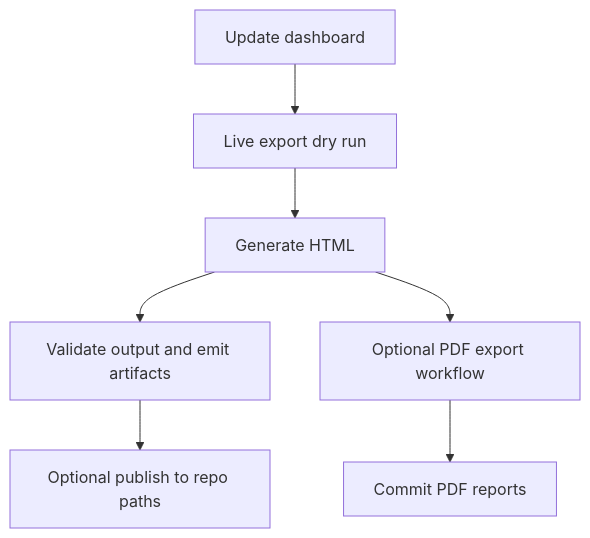
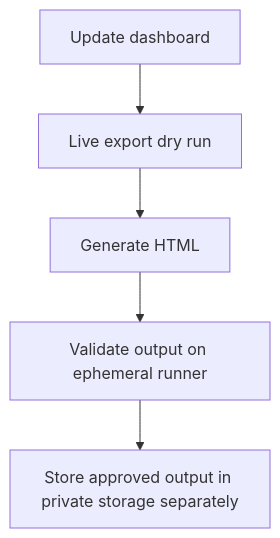
Before and after one commit to nathanmcnulty/defender-reporting: the diagram in docs/workflows.md, drawn with Mermaid. The commit also changed other lines of this file and 5 other files, not shown here.

````diff
--- a/docs/workflows.md
+++ b/docs/workflows.md
@@ -18,9 +20,7 @@
 ```mermaid
 flowchart TD
     A["Update dashboard"] --> B["Live export dry run"]
     B --> C["Generate HTML"]
-    C --> D["Validate output and emit artifacts"]
-    D --> E["Optional publish to repo paths"]
-    C --> F["Optional PDF export workflow"]
-    F --> G["Commit PDF reports"]
+    C --> D["Validate output on ephemeral runner"]
+    D --> E["Store approved output in private storage separately"]
 ```
````
